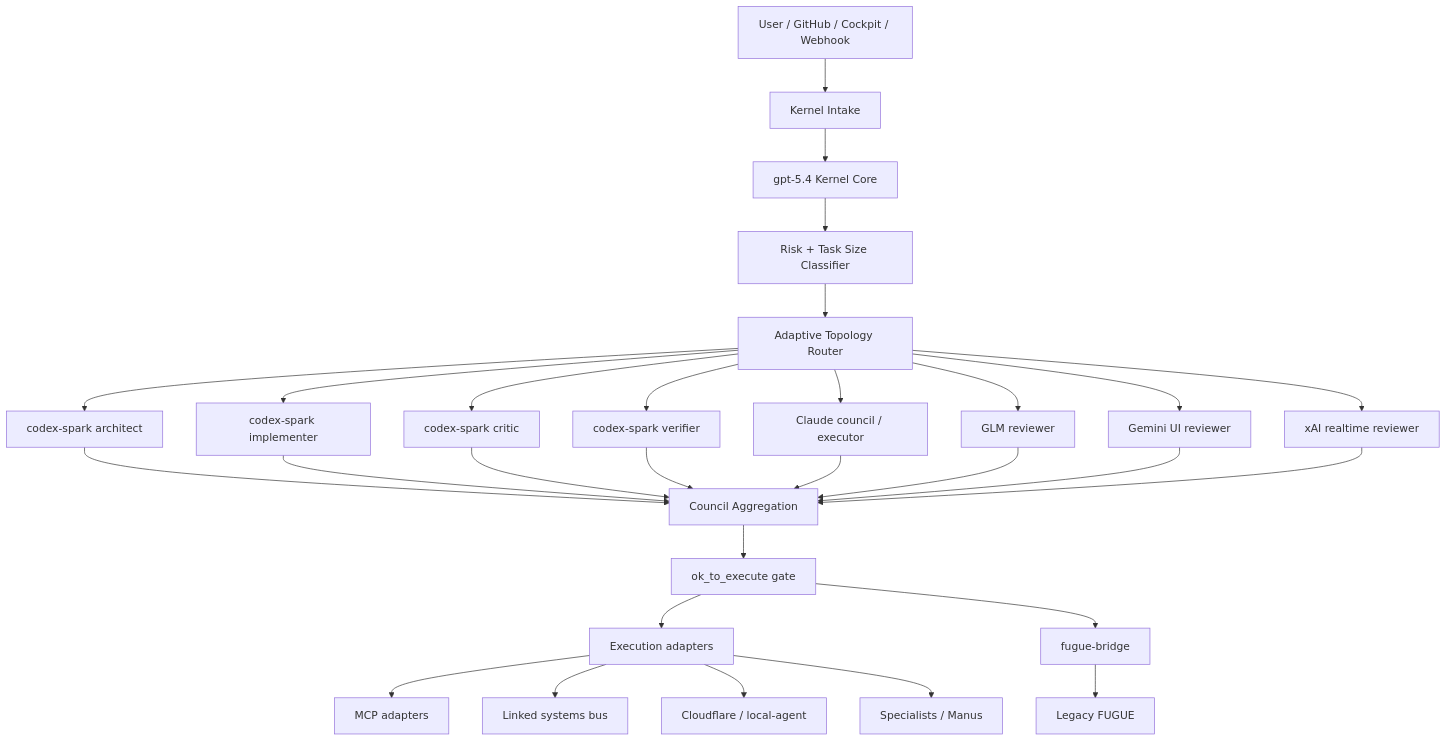
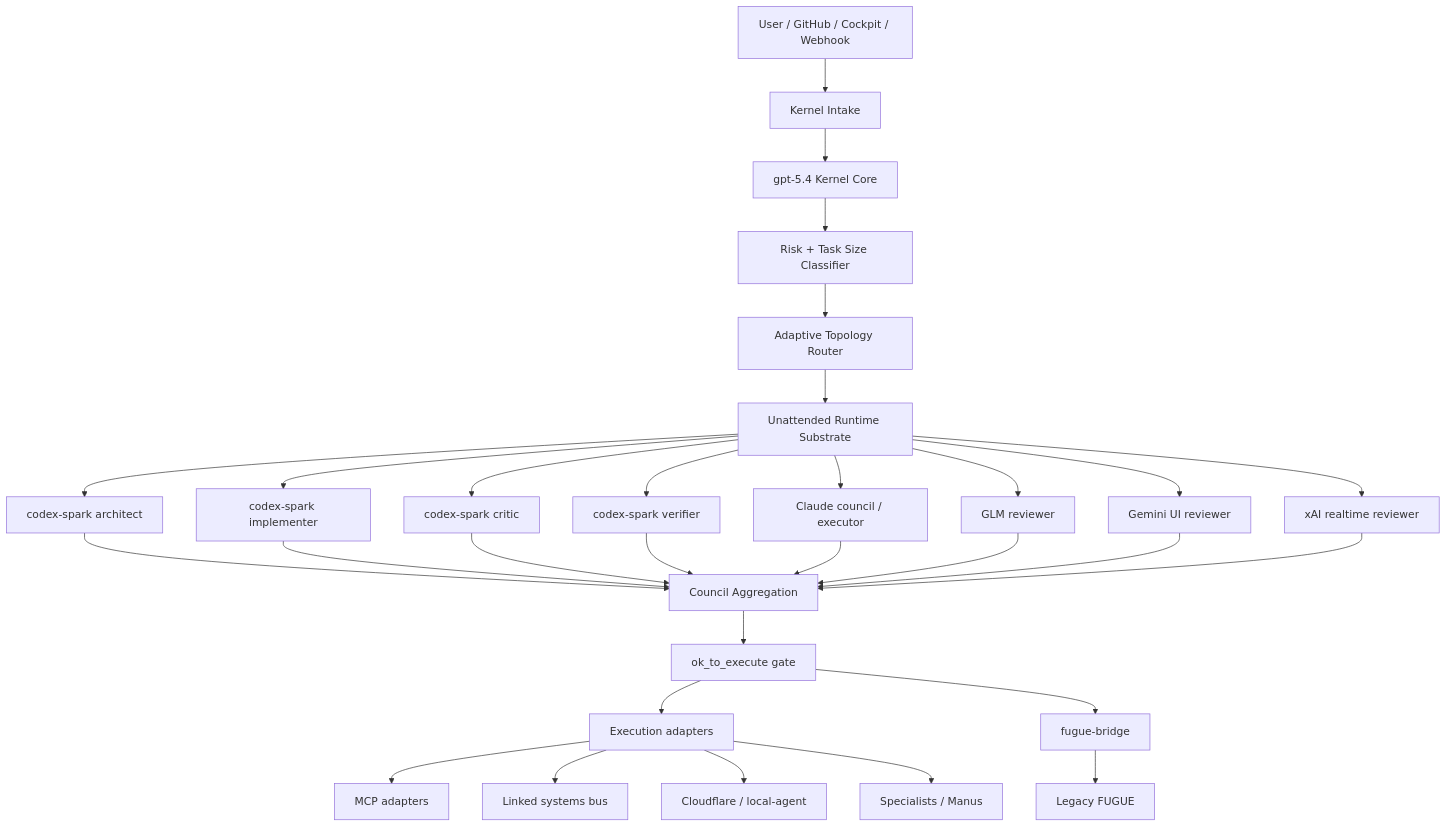
One commit to cursorvers/fugue-orchestrator changed the diagram in docs/kernel-structure.md. Above: the diagram before and after it, drawn with Mermaid. The commit also changed other lines of this file and 15 other files, not shown here.

````diff
--- a/docs/kernel-structure.md
+++ b/docs/kernel-structure.md
@@ -76,37 +85,38 @@
 ```mermaid
 flowchart TD
     U[User / GitHub / Cockpit / Webhook] --> I[Kernel Intake]
     I --> C[gpt-5.4 Kernel Core]
     C --> R[Risk + Task Size Classifier]
     R --> T[Adaptive Topology Router]
+    T --> S[Unattended Runtime Substrate]
 
-    T --> P1[codex-spark architect]
-    T --> P2[codex-spark implementer]
-    T --> P3[codex-spark critic]
-    T --> P4[codex-spark verifier]
+    S --> P1[codex-spark architect]
+    S --> P2[codex-spark implementer]
+    S --> P3[codex-spark critic]
+    S --> P4[codex-spark verifier]
 
-    T --> V1[Claude council / executor]
-    T --> V2[GLM reviewer]
-    T --> V3[Gemini UI reviewer]
-    T --> V4[xAI realtime reviewer]
+    S --> V1[Claude council / executor]
+    S --> V2[GLM reviewer]
+    S --> V3[Gemini UI reviewer]
+    S --> V4[xAI realtime reviewer]
 
     P1 --> A[Council Aggregation]
     P2 --> A
     P3 --> A
     P4 --> A
     V1 --> A
     V2 --> A
     V3 --> A
     V4 --> A
 
     A --> G[ok_to_execute gate]
     G --> E[Execution adapters]
 
     E --> M[MCP adapters]
     E --> L[Linked systems bus]
     E --> W[Cloudflare / local-agent]
-    E --> S[Specialists / Manus]
+    E --> SP[Specialists / Manus]
 
     G --> F[fugue-bridge]
     F --> LF[Legacy FUGUE]
 ```
````
